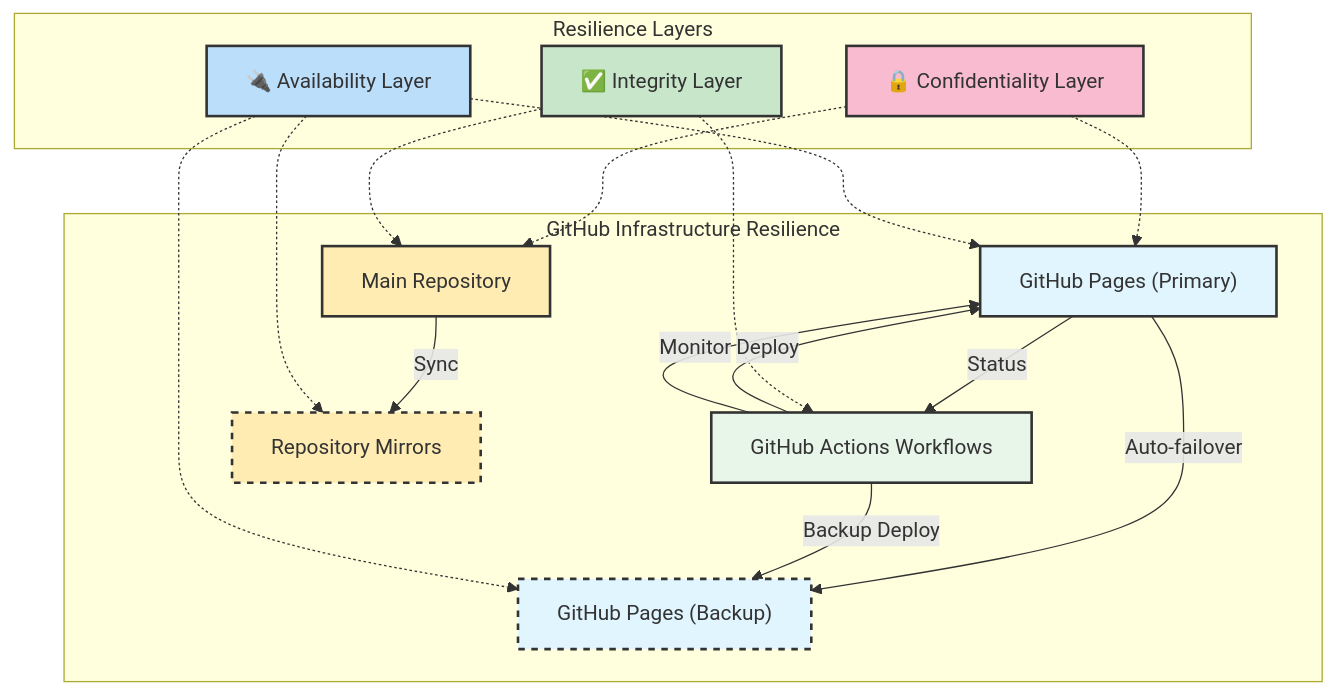
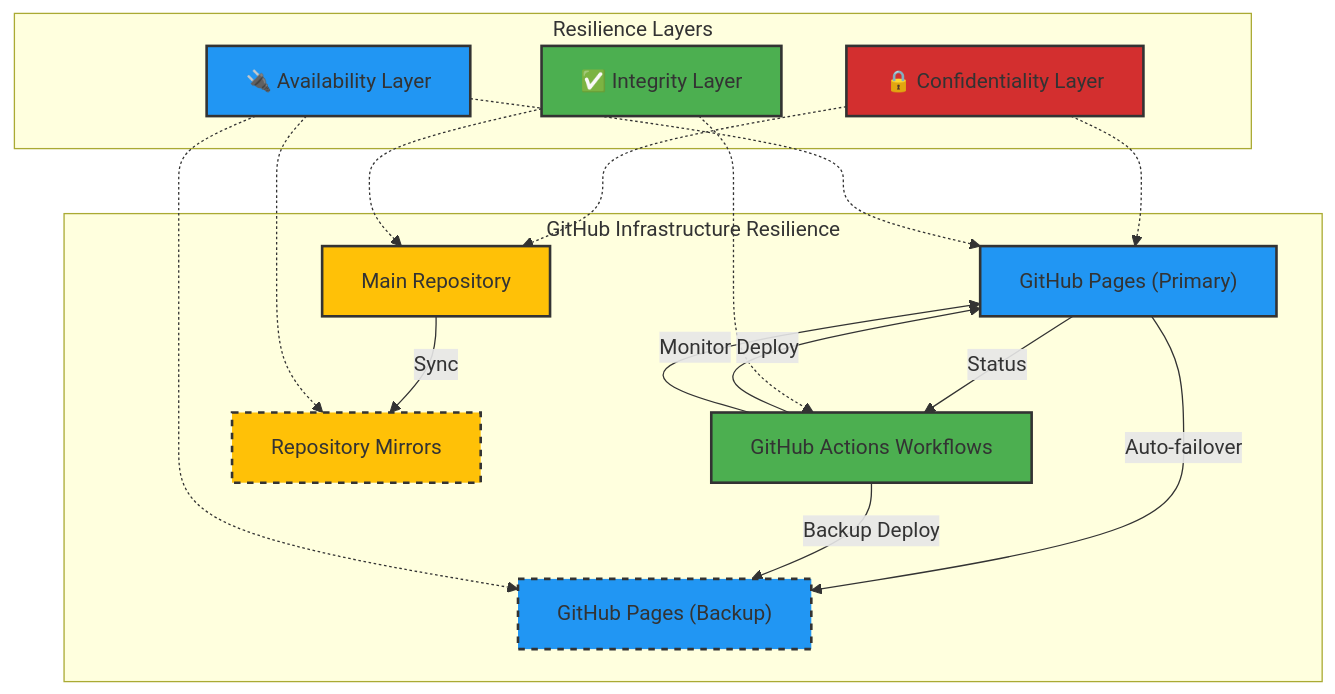
Before and after one commit to Hack23/cia-compliance-manager: diagram 15 of 33 in docs/architecture/BCPPlan.md, drawn with Mermaid. The commit also changed other lines of this file and 18 other files, not shown here.

````diff
--- a/docs/architecture/BCPPlan.md
+++ b/docs/architecture/BCPPlan.md
@@ -604,41 +604,41 @@
 ```mermaid
 flowchart TB
     subgraph "GitHub Infrastructure Resilience"
         GHP["GitHub Pages (Primary)"]
         GHP_B["GitHub Pages (Backup)"]
         GHA["GitHub Actions Workflows"]
         GHR["Main Repository"]
         GHR_M["Repository Mirrors"]
 
         GHP -- "Auto-failover" --> GHP_B
         GHR -- "Sync" --> GHR_M
         GHA -- "Deploy" --> GHP
         GHA -- "Backup Deploy" --> GHP_B
         GHA -- "Monitor" --> GHP
         GHP -- "Status" --> GHA
     end
 
     subgraph "Resilience Layers"
         C["🔒 Confidentiality Layer"]
         I["✅ Integrity Layer"]
         A["🔌 Availability Layer"]
 
         C -.-> GHP
         C -.-> GHR
         I -.-> GHR
         I -.-> GHA
         A -.-> GHP
         A -.-> GHP_B
         A -.-> GHR_M
     end
 
-    style GHP fill:#e1f5fe,stroke:#333,stroke-width:2px
-    style GHP_B fill:#e1f5fe,stroke:#333,stroke-width:2px,stroke-dasharray: 5 5
-    style GHR fill:#ffecb3,stroke:#333,stroke-width:2px
-    style GHR_M fill:#ffecb3,stroke:#333,stroke-width:2px,stroke-dasharray: 5 5
-    style GHA fill:#e8f5e9,stroke:#333,stroke-width:2px
+    style GHP fill:#2196F3,stroke:#333,stroke-width:2px
+    style GHP_B fill:#2196F3,stroke:#333,stroke-width:2px,stroke-dasharray: 5 5
+    style GHR fill:#FFC107,stroke:#333,stroke-width:2px
+    style GHR_M fill:#FFC107,stroke:#333,stroke-width:2px,stroke-dasharray: 5 5
+    style GHA fill:#4CAF50,stroke:#333,stroke-width:2px
 
-    style C fill:#f8bbd0,stroke:#333,stroke-width:2px
-    style I fill:#c8e6c9,stroke:#333,stroke-width:2px
-    style A fill:#bbdefb,stroke:#333,stroke-width:2px
+    style C fill:#D32F2F,stroke:#333,stroke-width:2px
+    style I fill:#4CAF50,stroke:#333,stroke-width:2px
+    style A fill:#2196F3,stroke:#333,stroke-width:2px
 ```
````
